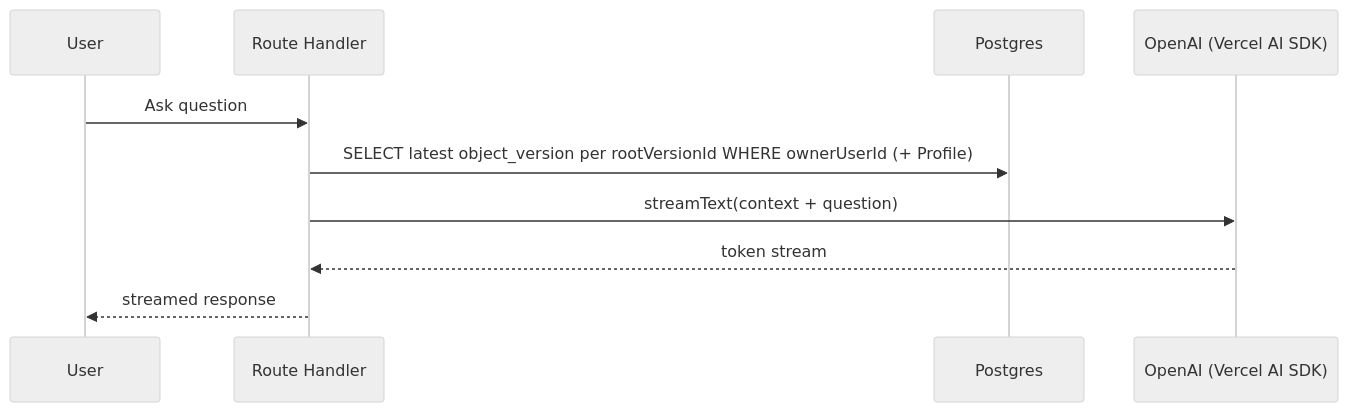
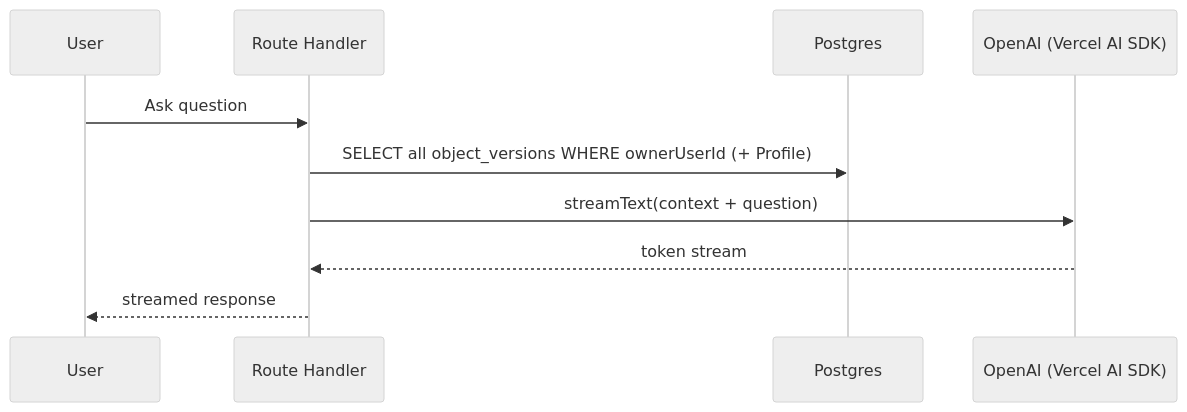
The fourth of 5 diagrams in docs/superpowers/specs/2026-08-16-resume-version-control-design.md (NiceKim/career-profile), drawn with Mermaid (neutral theme) before and after one commit. The commit also changed other lines of this file and 3 other files, not shown here.

````diff
--- a/docs/superpowers/specs/2026-08-16-resume-version-control-design.md
+++ b/docs/superpowers/specs/2026-08-16-resume-version-control-design.md
@@ -152,13 +152,13 @@
 ```mermaid
 sequenceDiagram
     participant U as User
     participant App as Route Handler
     participant DB as Postgres
     participant AI as OpenAI (Vercel AI SDK)
 
     U->>App: Ask question
-    App->>DB: SELECT latest object_version per rootVersionId WHERE ownerUserId (+ Profile)
+    App->>DB: SELECT all object_versions WHERE ownerUserId (+ Profile)
     App->>AI: streamText(context + question)
     AI-->>App: token stream
     App-->>U: streamed response
 ```
````
